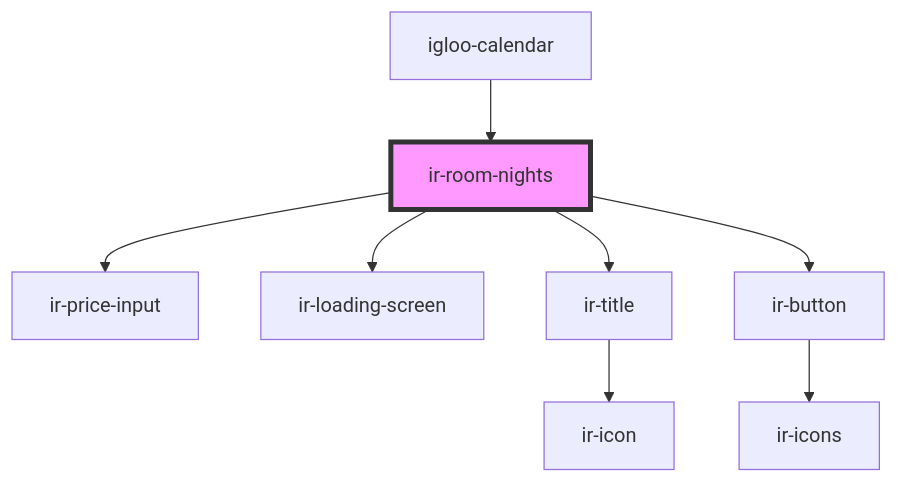
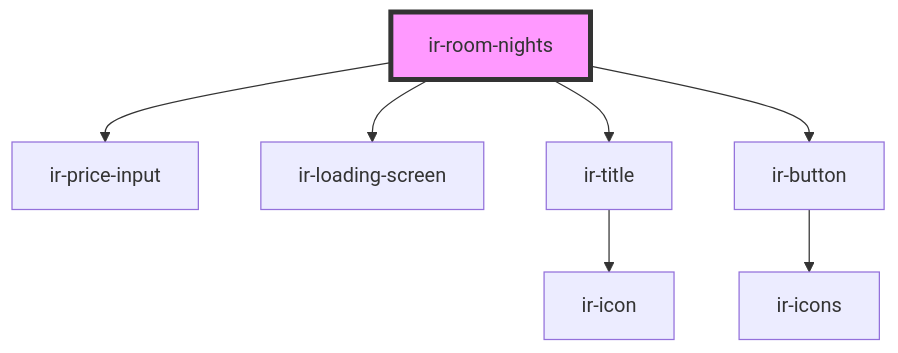
The diagram in src/components/igloo-calendar/ir-room-nights/readme.md (RonyRizk/ir-webcmp), drawn with Mermaid before and after one commit. The commit also changed other lines of this file and 586 other files, not shown here.

````diff
--- a/src/components/igloo-calendar/ir-room-nights/readme.md
+++ b/src/components/igloo-calendar/ir-room-nights/readme.md
@@ -44,11 +40,10 @@
 ```mermaid
 graph TD;
   ir-room-nights --> ir-price-input
   ir-room-nights --> ir-loading-screen
   ir-room-nights --> ir-title
   ir-room-nights --> ir-button
   ir-title --> ir-icon
   ir-button --> ir-icons
-  igloo-calendar --> ir-room-nights
   style ir-room-nights fill:#f9f,stroke:#333,stroke-width:4px
 ```
````
